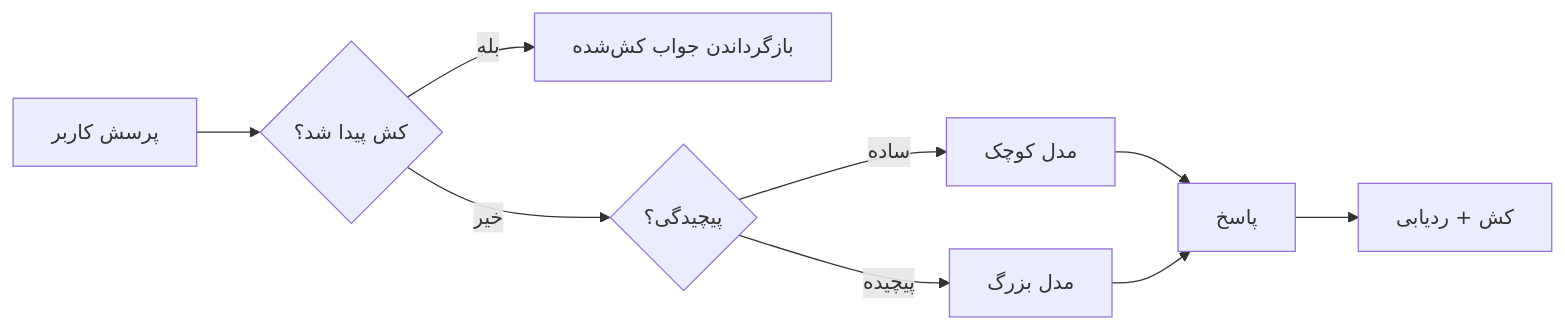
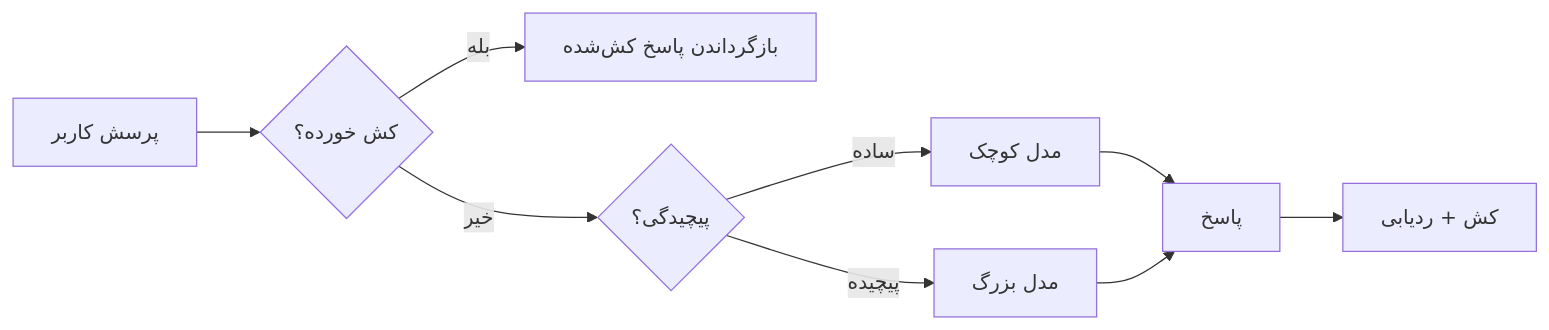
One commit to gabrielmoreira/agent-skills-mirror changed the third of 4 diagrams in mirrors/repos/microsoft@ai-agents-for-beginners/translations/fa/16-deploying-scalable-agents/README.md. Above: the diagram before and after it, drawn with Mermaid. The commit also changed other lines of this file and 4262 other files, not shown here.

````diff
--- a/mirrors/repos/microsoft@ai-agents-for-beginners/translations/fa/16-deploying-scalable-agents/README.md
+++ b/mirrors/repos/microsoft@ai-agents-for-beginners/translations/fa/16-deploying-scalable-agents/README.md
@@ -134,11 +134,11 @@
 ```mermaid
 flowchart LR
-    Q[پرسش کاربر] --> C{کش پیدا شد؟}
-    C -->|بله| R[بازگرداندن جواب کش‌شده]
+    Q[پرسش کاربر] --> C{کش خورده؟}
+    C -->|بله| R[بازگرداندن پاسخ کش‌شده]
     C -->|خیر| Router{پیچیدگی؟}
     Router -->|ساده| SLM[مدل کوچک]
     Router -->|پیچیده| LLM[مدل بزرگ]
     SLM --> Out[پاسخ]
     LLM --> Out
     Out --> Store[کش + ردیابی]
 ```
````
